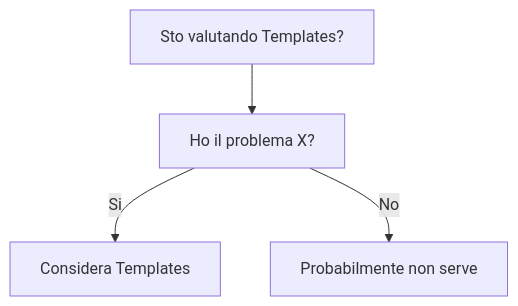
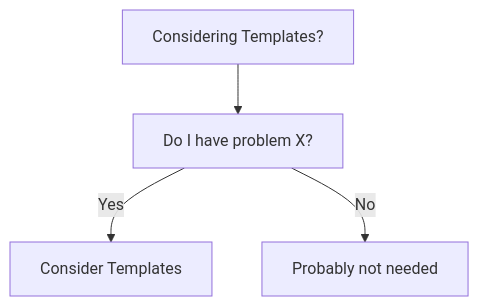
Before and after one commit to HxT9/Software-Dev-Wiki: the diagram in dev-wiki/14_Languages/Cpp/Templates/When_To_Use.md, drawn with Mermaid. The commit also changed other lines of this file and 3444 other files, not shown here.

````diff
--- a/dev-wiki/14_Languages/Cpp/Templates/When_To_Use.md
+++ b/dev-wiki/14_Languages/Cpp/Templates/When_To_Use.md
@@ -19,6 +19,6 @@
 ```mermaid
 flowchart TD
-  Q[Sto valutando Templates?] --> Q1[Ho il problema X?]
-  Q1 -->|Si| OK[Considera Templates]
-  Q1 -->|No| NO[Probabilmente non serve]
+  Q[Considering Templates?] --> Q1[Do I have problem X?]
+  Q1 -->|Yes| OK[Consider Templates]
+  Q1 -->|No| NO[Probably not needed]
 ```
````
